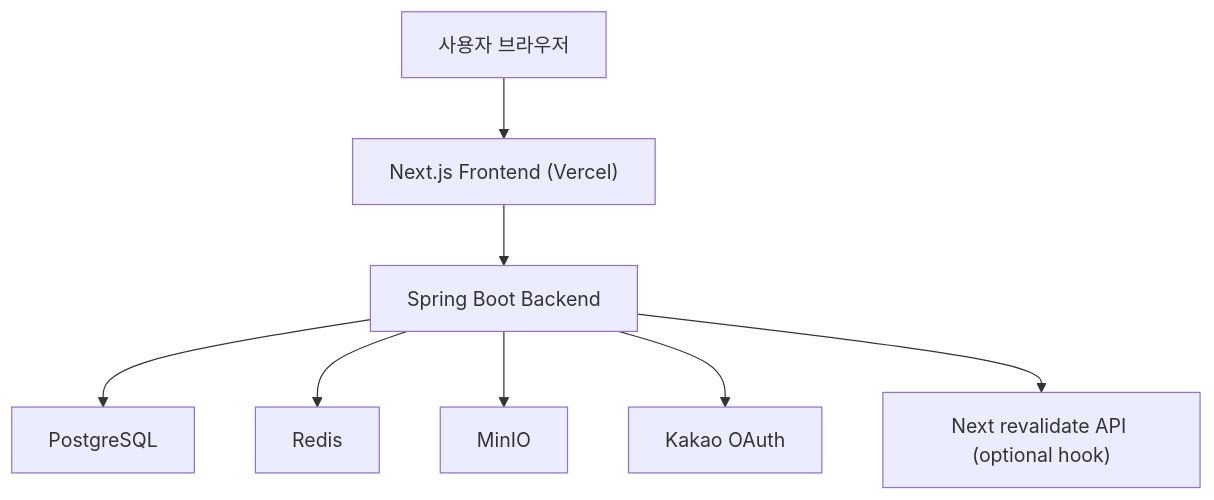
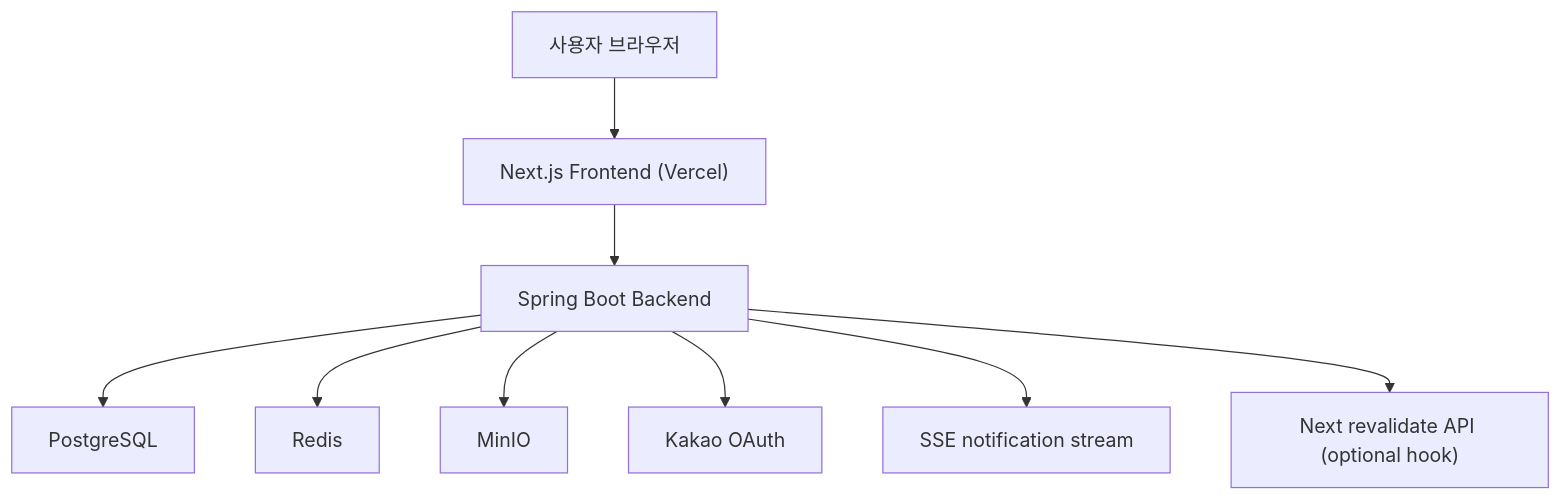
The first of 2 diagrams in docs/design/System-Architecture.md (AquilaXk/aquila-blog), drawn with Mermaid before and after one commit. The commit also changed other lines of this file and 52 other files, not shown here.

Commit message:
feat(app): add notifications and stabilize authoring flows

````diff
--- a/docs/design/System-Architecture.md
+++ b/docs/design/System-Architecture.md
@@ -13,10 +13,11 @@
 ```mermaid
 flowchart TD
     U["사용자 브라우저"] --> F["Next.js Frontend (Vercel)"]
     F --> B["Spring Boot Backend"]
     B --> P["PostgreSQL"]
     B --> R["Redis"]
     B --> M["MinIO"]
     B --> K["Kakao OAuth"]
+    B --> S["SSE notification stream"]
     B --> RV["Next revalidate API (optional hook)"]
 ```
````
